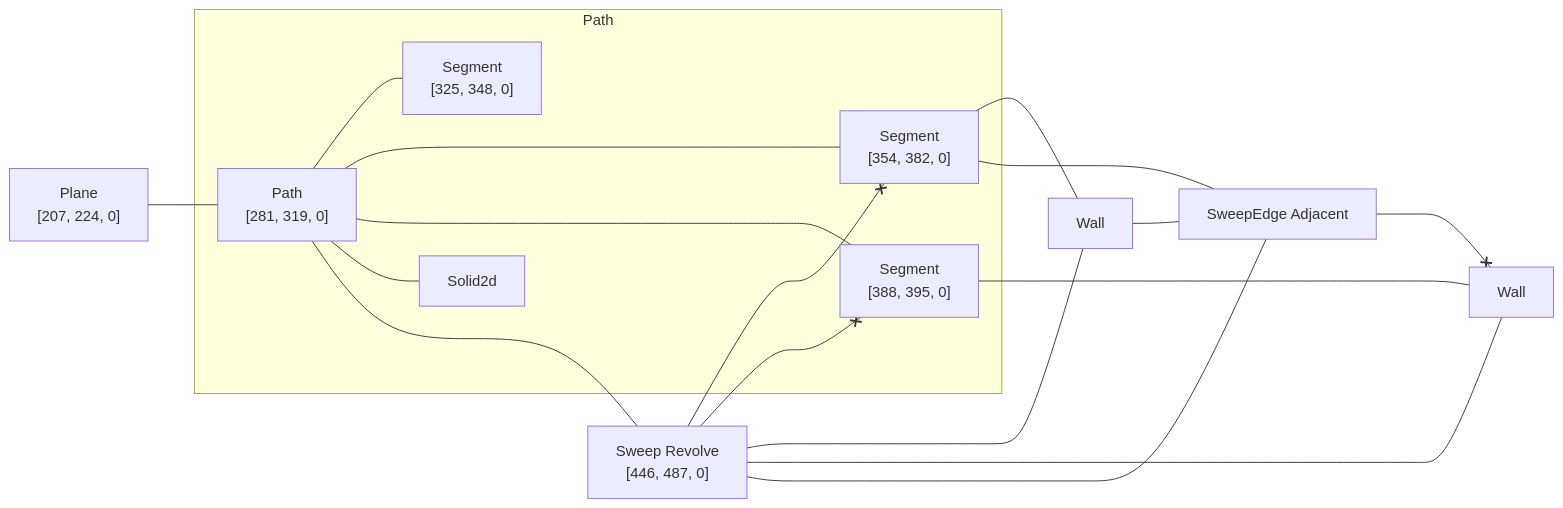
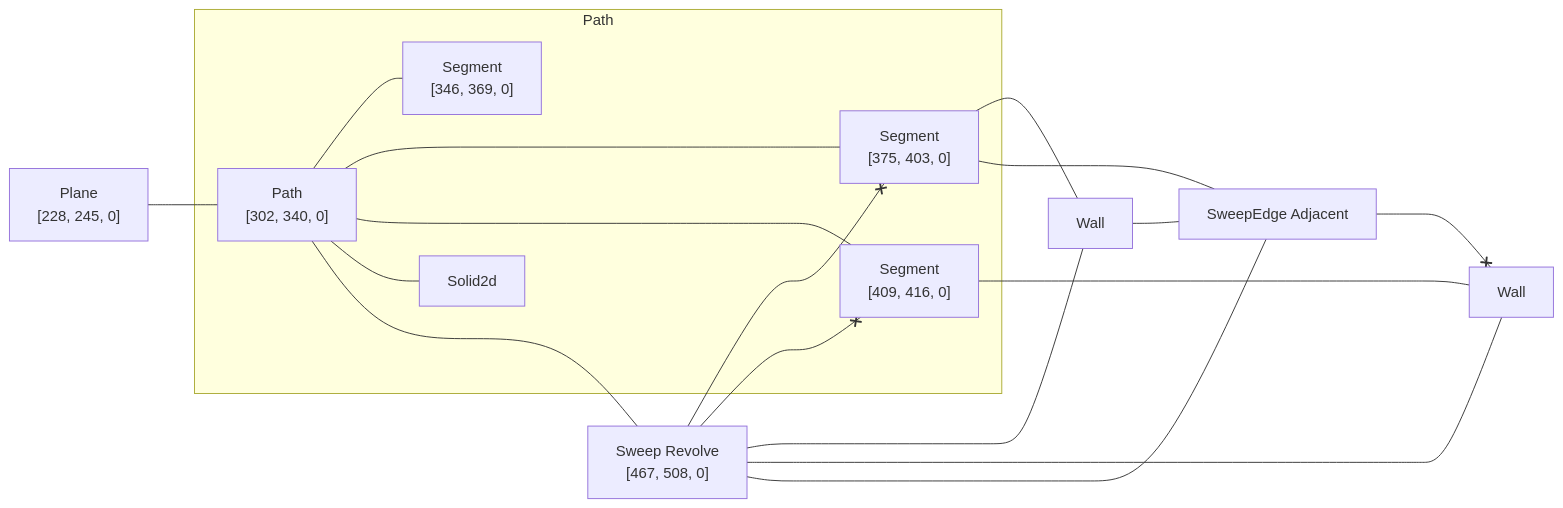
One commit to KittyCAD/modeling-app changed the diagram in rust/kcl-lib/tests/kcl_samples/cone/artifact_graph_flowchart.snap.md. Above: the diagram before and after it, drawn with Mermaid. The commit also changed 319 other files, not shown here.

````diff
--- a/rust/kcl-lib/tests/kcl_samples/cone/artifact_graph_flowchart.snap.md
+++ b/rust/kcl-lib/tests/kcl_samples/cone/artifact_graph_flowchart.snap.md
@@ -1,39 +1,39 @@
 ```mermaid
 flowchart LR
   subgraph path2 [Path]
-    2["Path<br>[281, 319, 0]"]
+    2["Path<br>[302, 340, 0]"]
       %% [ProgramBodyItem { index: 3 }, VariableDeclarationDeclaration, VariableDeclarationInit, PipeBodyItem { index: 0 }]
-    3["Segment<br>[325, 348, 0]"]
+    3["Segment<br>[346, 369, 0]"]
       %% [ProgramBodyItem { index: 3 }, VariableDeclarationDeclaration, VariableDeclarationInit, PipeBodyItem { index: 1 }]
-    4["Segment<br>[354, 382, 0]"]
+    4["Segment<br>[375, 403, 0]"]
       %% [ProgramBodyItem { index: 3 }, VariableDeclarationDeclaration, VariableDeclarationInit, PipeBodyItem { index: 2 }]
-    5["Segment<br>[388, 395, 0]"]
+    5["Segment<br>[409, 416, 0]"]
       %% [ProgramBodyItem { index: 3 }, VariableDeclarationDeclaration, VariableDeclarationInit, PipeBodyItem { index: 3 }]
     6[Solid2d]
   end
-  1["Plane<br>[207, 224, 0]"]
+  1["Plane<br>[228, 245, 0]"]
     %% [ProgramBodyItem { index: 2 }, VariableDeclarationDeclaration, VariableDeclarationInit]
-  7["Sweep Revolve<br>[446, 487, 0]"]
+  7["Sweep Revolve<br>[467, 508, 0]"]
     %% [ProgramBodyItem { index: 4 }, VariableDeclarationDeclaration, VariableDeclarationInit]
   8[Wall]
     %% face_code_ref=Missing NodePath
   9[Wall]
     %% face_code_ref=Missing NodePath
   10["SweepEdge Adjacent"]
   1 --- 2
   2 --- 3
   2 --- 4
   2 --- 5
   2 --- 6
   2 ---- 7
   7 <--x 4
   4 --- 8
   4 --- 10
   7 <--x 5
   5 --- 9
   7 --- 8
   7 --- 9
   7 --- 10
   8 --- 10
   10 <--x 9
 ```
````
